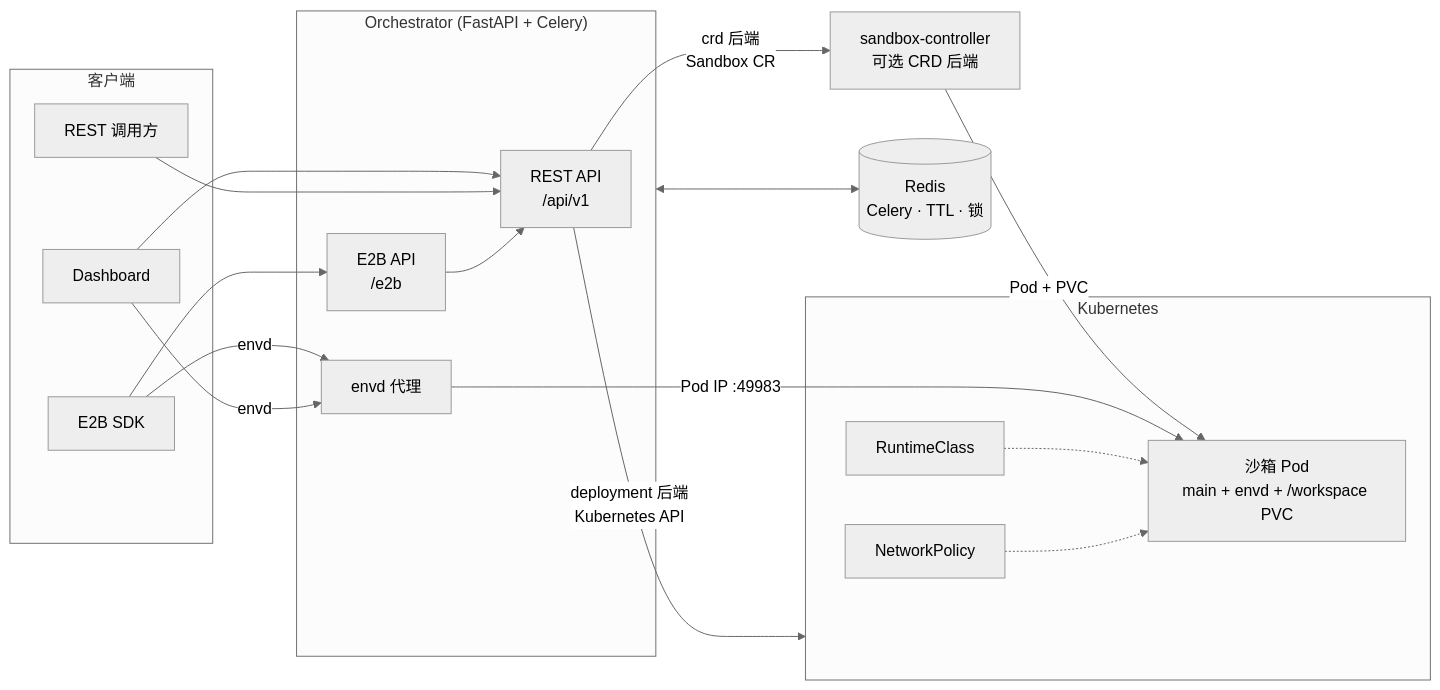
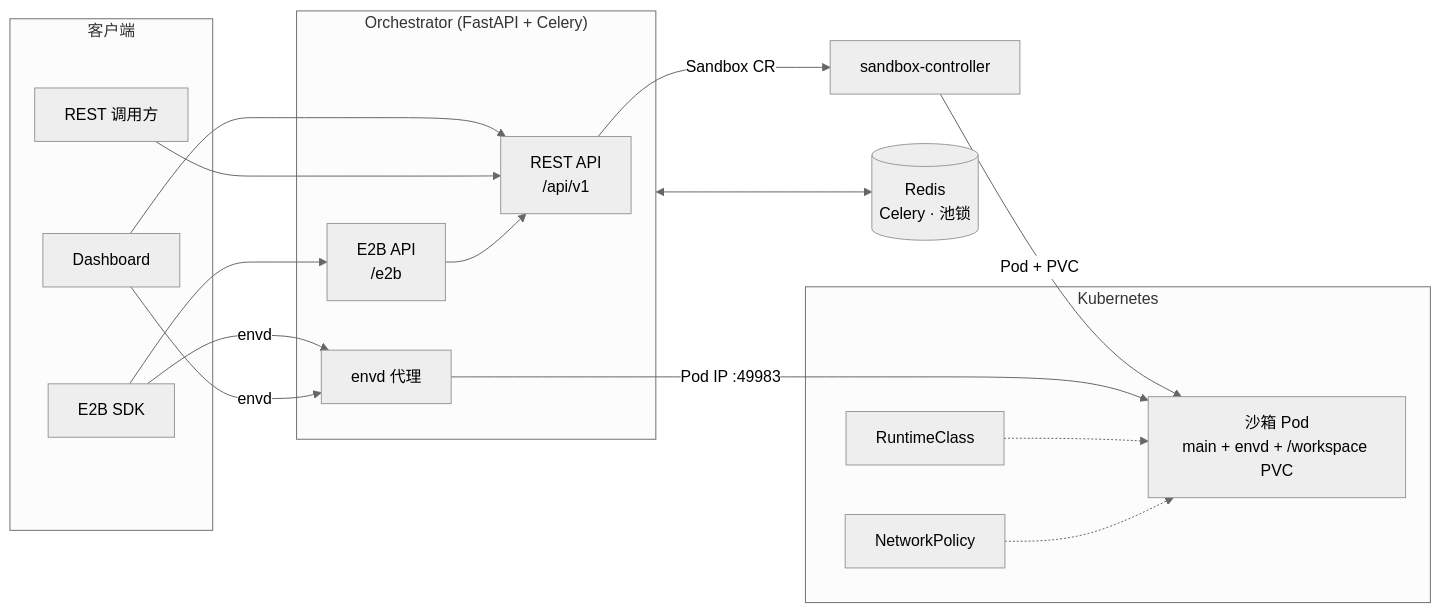
The diagram in README.zh.md (iwrs712/litterbox), drawn with Mermaid (neutral theme) before and after one commit. The commit also changed other lines of this file and 28 other files, not shown here.

First line of the commit message:
refactor: make CRD the only sandbox lifecycle

````diff
--- a/README.zh.md
+++ b/README.zh.md
@@ -62,38 +62,37 @@
 ```mermaid
 flowchart LR
     subgraph Clients["客户端"]
         Dashboard["Dashboard"]
         RestClient["REST 调用方"]
         Sdk["E2B SDK"]
     end
 
     subgraph Orchestrator["Orchestrator  (FastAPI + Celery)"]
         Rest["REST API\n/api/v1"]
         E2B["E2B API\n/e2b"]
         Proxy["envd 代理"]
     end
 
-    Redis[("Redis\nCelery · TTL · 锁")]
+    Redis[("Redis\nCelery · 池锁")]
 
-    Controller["sandbox-controller\n可选 CRD 后端"]
+    Controller["sandbox-controller"]
 
     subgraph Cluster["Kubernetes"]
         Sandbox["沙箱 Pod\nmain + envd + /workspace PVC"]
         Runtime["RuntimeClass"]
         NetPol["NetworkPolicy"]
     end
 
     Dashboard --> Rest
     RestClient --> Rest
     Sdk --> E2B
     Sdk -->|"envd"| Proxy
     Dashboard -->|"envd"| Proxy
-    Rest -->|"deployment 后端\nKubernetes API"| Cluster
-    Rest -->|"crd 后端\nSandbox CR"| Controller
+    Rest -->|"Sandbox CR"| Controller
     Controller -->|"Pod + PVC"| Sandbox
     E2B --> Rest
     Orchestrator <--> Redis
     Proxy -->|"Pod IP :49983"| Sandbox
     Runtime -.-> Sandbox
     NetPol -.-> Sandbox
 ```
````
